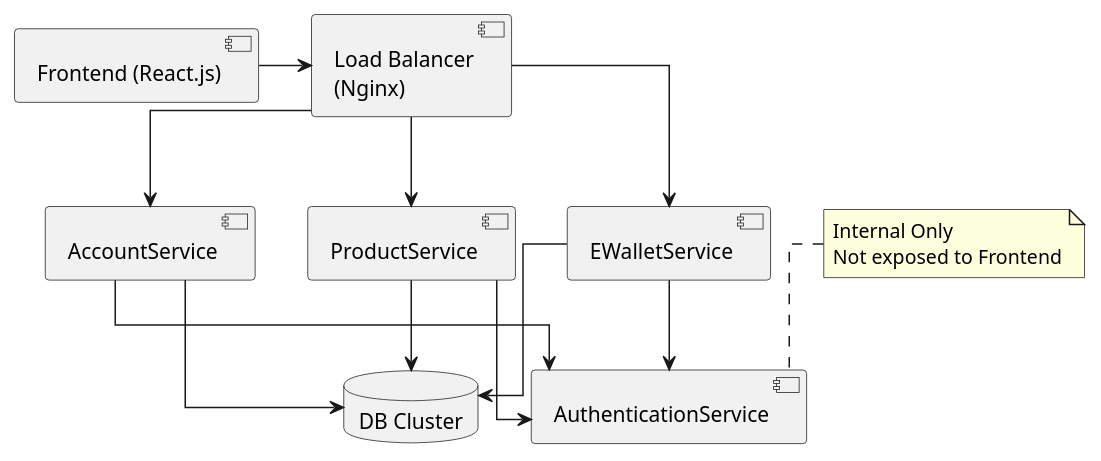
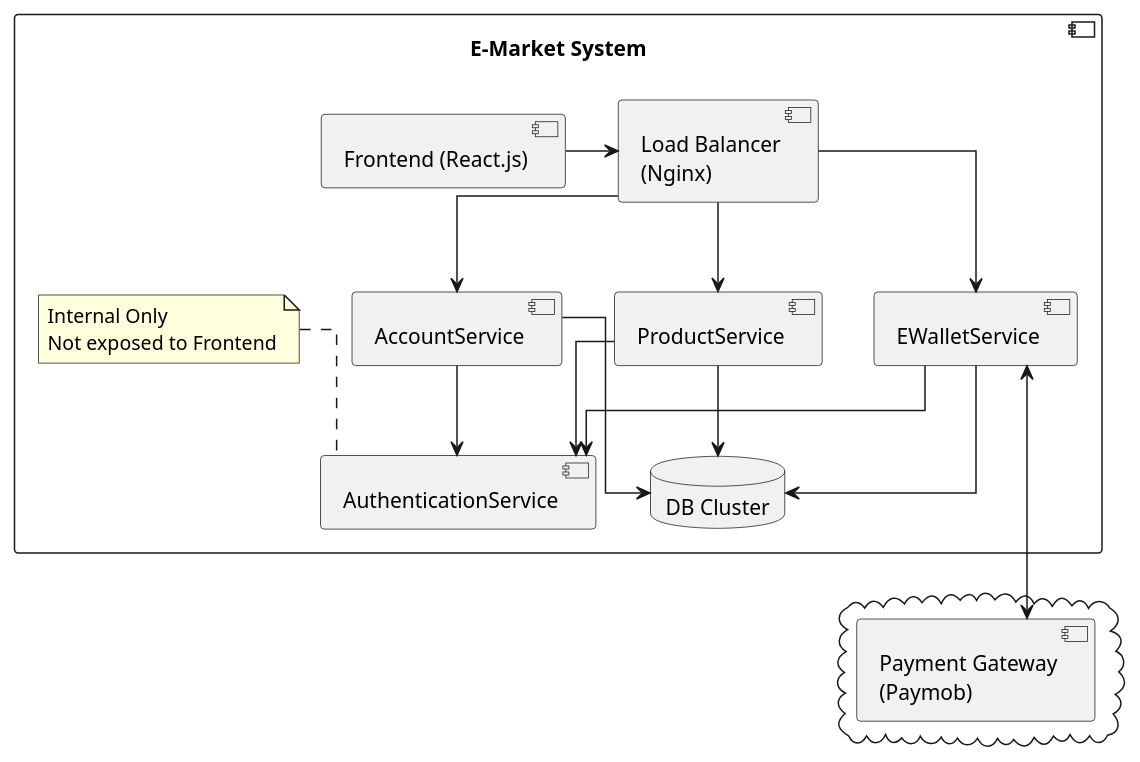
Before and after one commit to AhmedSaid3617/e-market-system: the diagram in docs/architecture.md, drawn with PlantUML.

Commit message:
Update architecture diagram to include Payment Gateway component

````diff
--- a/docs/architecture.md
+++ b/docs/architecture.md
@@ -3,44 +3,52 @@
 ```plantuml
 @startuml
 skinparam linetype ortho
 
+cloud {
+' Define external services
+component "Payment Gateway\n(Paymob)" as PaymentGateway
+}
+
+component "E-Market System\n" {
 ' Define front-end
 component "Frontend (React.js)" as Frontend
 
 ' Define load balancer
 component "Load Balancer\n(Nginx)" as LB
 
 ' Define services
 component "AccountService" as AccountService
 component "ProductService" as ProductService
 component "EWalletService" as TransactionService
 component "AuthenticationService" as AuthService
 
 ' Define DB cluster
 database "DB Cluster" as DB
 
 ' Connections from Frontend
 Frontend -> LB
 
 ' Load balancer routes to services
 LB --> AccountService
 LB --> ProductService
 LB --> TransactionService
 
 ' Internal services call AuthenticationService
 AccountService --> AuthService
 ProductService --> AuthService
 TransactionService --> AuthService
 
 note top of AuthService
   Internal Only
   Not exposed to Frontend
 end note
 
 ' All services connect to DB cluster
 AccountService --> DB
 ProductService --> DB
 TransactionService --> DB
+}
 
+TransactionService <---> PaymentGateway
 @enduml
 ```
````
